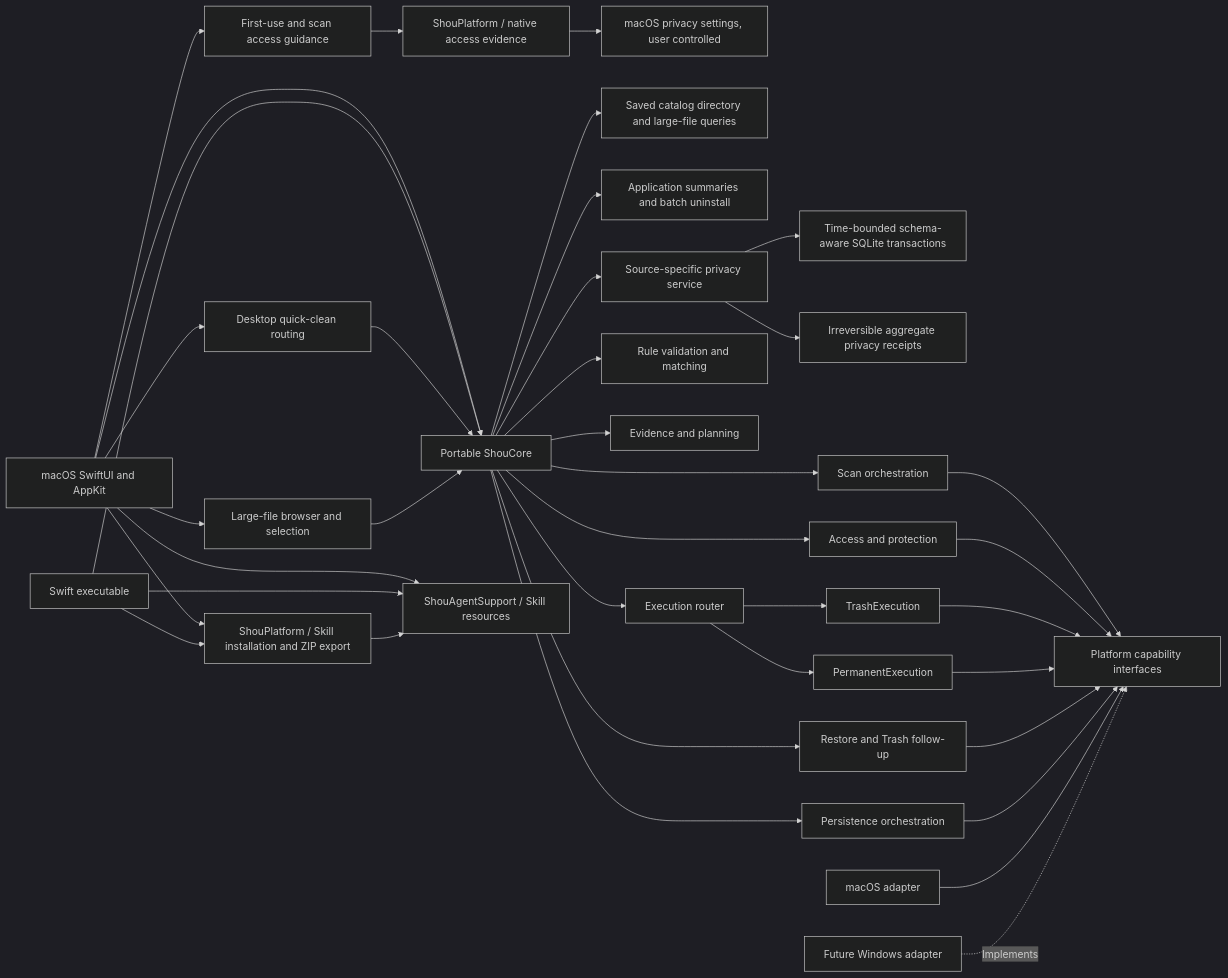
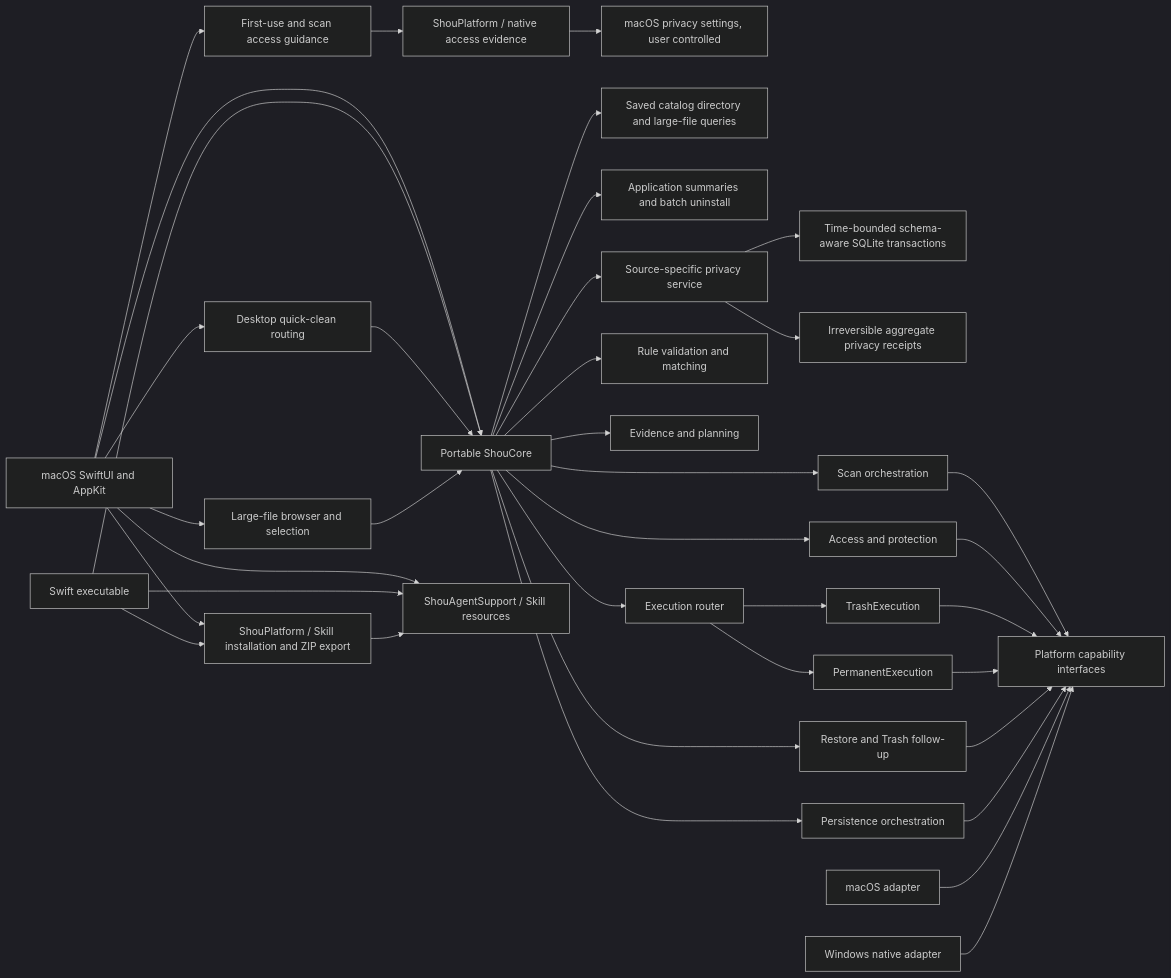
One commit to limecloud/shou changed the second of 6 diagrams in docs/architecture/system-design.md. Above: the diagram before and after it, drawn with Mermaid (dark theme). The commit also changed other lines of this file and 86 other files, not shown here.

````diff
--- a/docs/architecture/system-design.md
+++ b/docs/architecture/system-design.md
@@ -46,39 +46,39 @@
 ```mermaid
 flowchart LR
     App[macOS SwiftUI and AppKit] --> Core[Portable ShouCore]
     App --> Setup[First-use and scan access guidance]
     Setup --> Access[ShouPlatform / native access evidence]
     Access --> Privacy[macOS privacy settings, user controlled]
     App --> AgentSupport[ShouAgentSupport / Skill resources]
     CLI --> AgentSupport
     App --> SkillInstall[ShouPlatform / Skill installation and ZIP export]
     CLI --> SkillInstall
     SkillInstall --> AgentSupport
     CLI[Swift executable] --> Core
     App --> Quick[Desktop quick-clean routing]
     Quick --> Core
     App --> LargeFiles[Large-file browser and selection]
     LargeFiles --> Core
     Core --> CatalogQuery[Saved catalog directory and large-file queries]
     Core --> Uninstall[Application summaries and batch uninstall]
     Core --> PrivacyService[Source-specific privacy service]
     PrivacyService --> SQLite[Time-bounded schema-aware SQLite transactions]
     PrivacyService --> PrivacyReceipts[Irreversible aggregate privacy receipts]
     Core --> Rules[Rule validation and matching]
     Core --> Scanner[Scan orchestration]
     Core --> Planner[Evidence and planning]
     Core --> Safety[Access and protection]
     Core --> Router[Execution router]
     Router --> TrashExec[TrashExecution]
     Router --> PurgeExec[PermanentExecution]
     Core --> FollowUp[Restore and Trash follow-up]
     Core --> Store[Persistence orchestration]
     Scanner --> Interfaces[Platform capability interfaces]
     Safety --> Interfaces
     TrashExec --> Interfaces
     PurgeExec --> Interfaces
     FollowUp --> Interfaces
     Store --> Interfaces
     Mac[macOS adapter] --> Interfaces
-    Win[Future Windows adapter] -.Implements.-> Interfaces
+    Win[Windows native adapter] --> Interfaces
 ```
````
